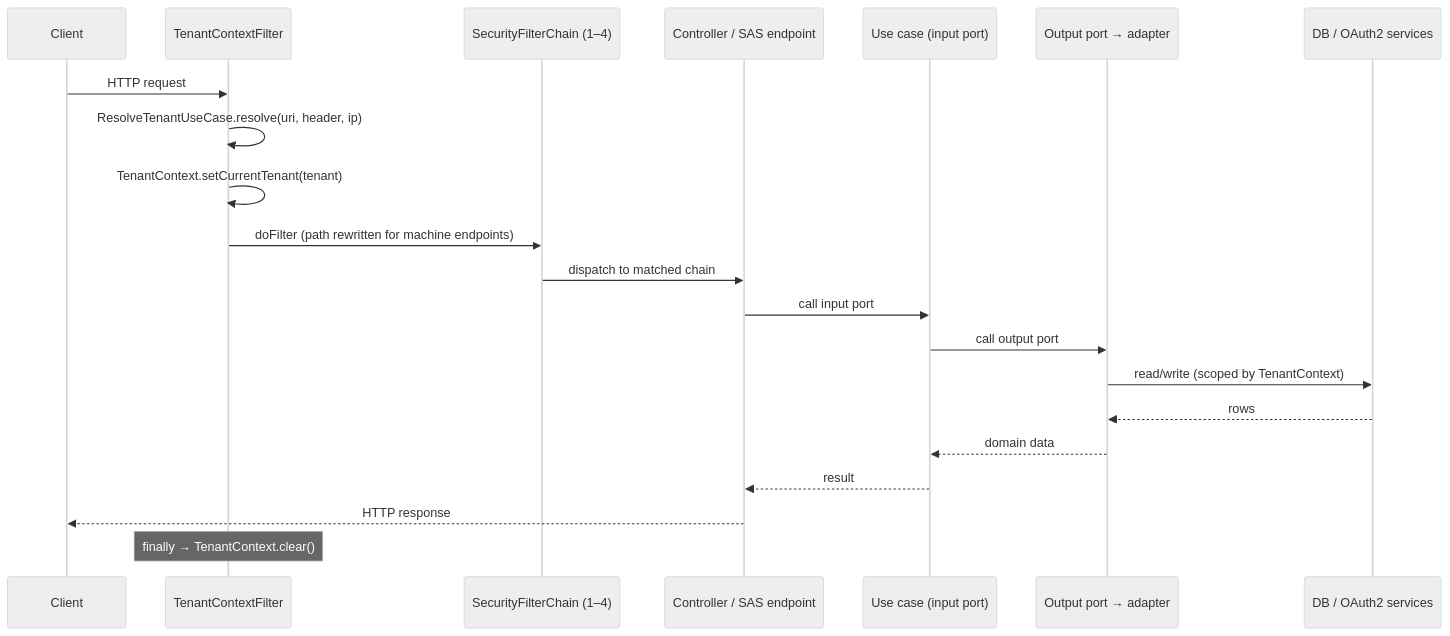
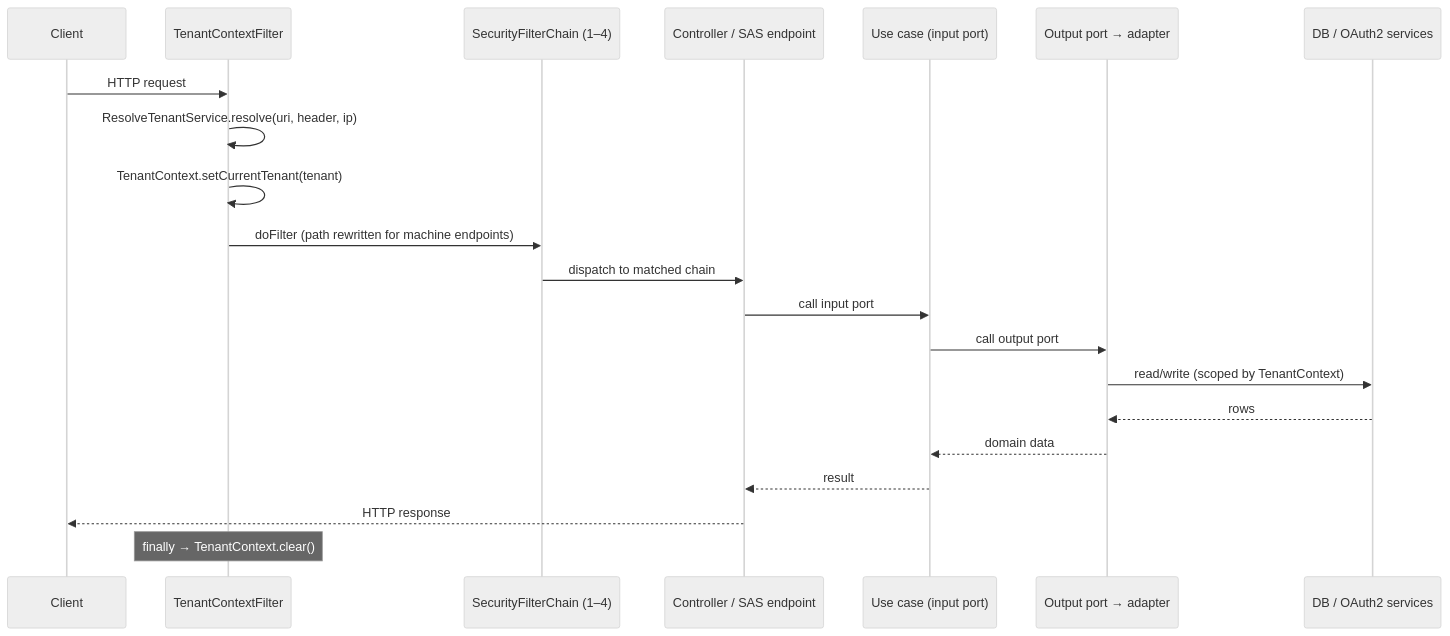
Before and after one commit to edmaputra/ed-auth: the diagram in documentation/features/00-architecture.md, drawn with Mermaid (neutral theme). The commit also changed other lines of this file and 15 other files, not shown here.

````diff
--- a/documentation/features/00-architecture.md
+++ b/documentation/features/00-architecture.md
@@ -64,24 +63,24 @@
 ```mermaid
 sequenceDiagram
     participant C as Client
     participant F as TenantContextFilter
     participant SC as SecurityFilterChain (1–4)
     participant Ctrl as Controller / SAS endpoint
     participant UC as Use case (input port)
     participant OP as Output port → adapter
     participant DB as DB / OAuth2 services
 
     C->>F: HTTP request
-    F->>F: ResolveTenantUseCase.resolve(uri, header, ip)
+    F->>F: ResolveTenantService.resolve(uri, header, ip)
     F->>F: TenantContext.setCurrentTenant(tenant)
     F->>SC: doFilter (path rewritten for machine endpoints)
     SC->>Ctrl: dispatch to matched chain
     Ctrl->>UC: call input port
     UC->>OP: call output port
     OP->>DB: read/write (scoped by TenantContext)
     DB-->>OP: rows
     OP-->>UC: domain data
     UC-->>Ctrl: result
     Ctrl-->>C: HTTP response
     Note over F: finally → TenantContext.clear()
 ```
````
